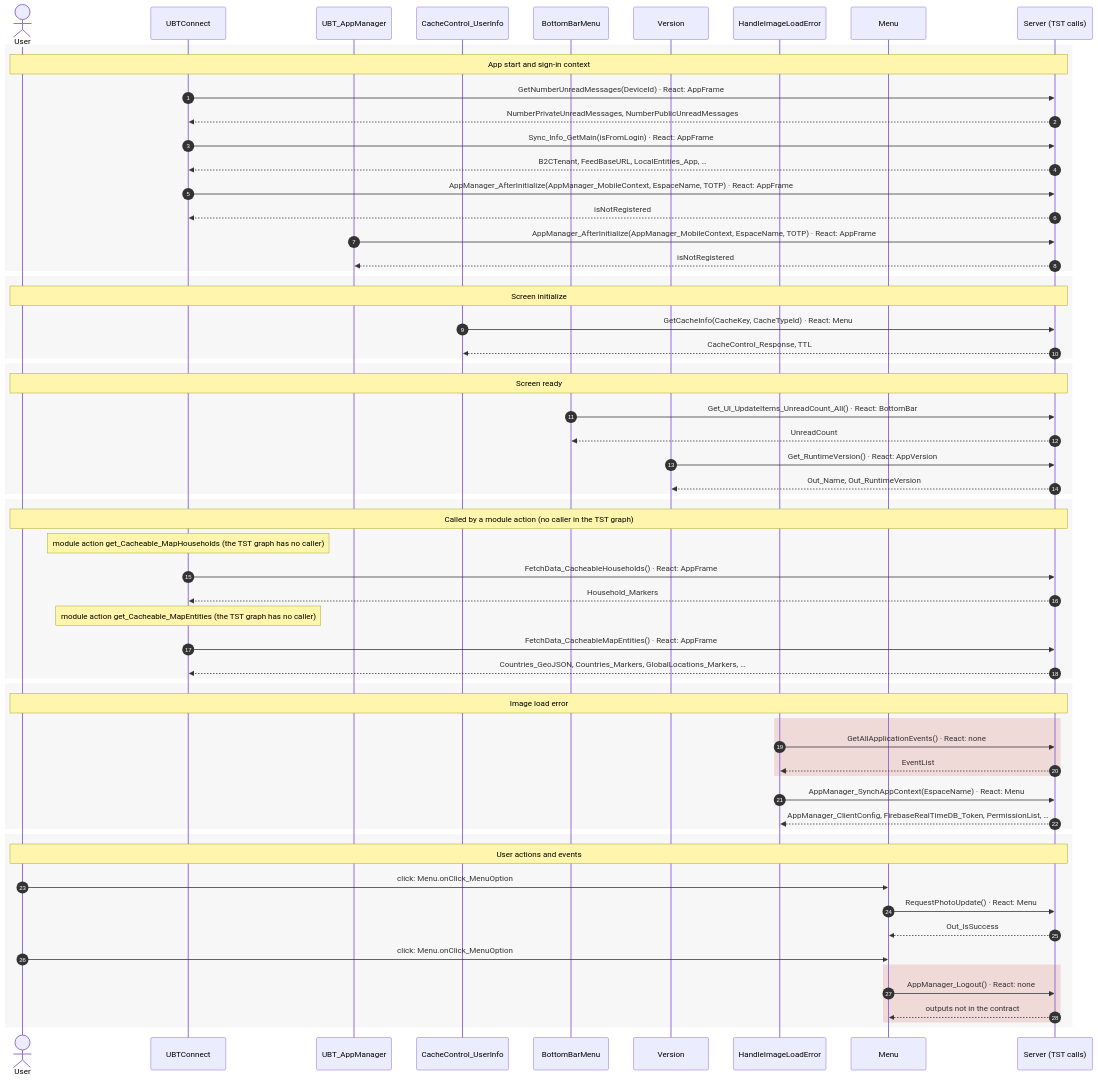
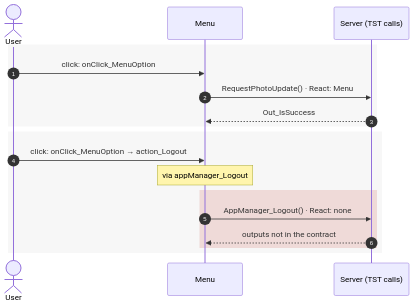
One commit to Phoenix-DX/connect-new-ui changed the second of 2 diagrams in migration/route-actions/Menu.md. Above: the diagram before and after it, drawn with Mermaid. The commit also changed other lines of this file and 9 other files, not shown here.

Commit message:
route actions: data flow only for user actions (one group per action, trigger per chain, via note), no diagram without user actions; screenshots fall back to React review or TST capture images

````diff
--- a/migration/route-actions/Menu.md
+++ b/migration/route-actions/Menu.md
@@ -154,65 +153,20 @@
 ```mermaid
 sequenceDiagram
   autonumber
   actor U as User
-  participant p0 as UBTConnect
-  participant p1 as UBT_AppManager
-  participant p2 as CacheControl_UserInfo
-  participant p3 as BottomBarMenu
-  participant p4 as Version
-  participant p5 as HandleImageLoadError
-  participant p6 as Menu
+  participant p0 as Menu
   participant S as Server (TST calls)
   rect rgba(120, 120, 120, 0.06)
-  Note over U,S: App start and sign-in context
-  p0->>S: GetNumberUnreadMessages(DeviceId) · React: AppFrame
-  S-->>p0: NumberPrivateUnreadMessages, NumberPublicUnreadMessages
-  p0->>S: Sync_Info_GetMain(isFromLogin) · React: AppFrame
-  S-->>p0: B2CTenant, FeedBaseURL, LocalEntities_App, …
-  p0->>S: AppManager_AfterInitialize(AppManager_MobileContext, EspaceName, TOTP) · React: AppFrame
-  S-->>p0: isNotRegistered
-  p1->>S: AppManager_AfterInitialize(AppManager_MobileContext, EspaceName, TOTP) · React: AppFrame
-  S-->>p1: isNotRegistered
+  U->>p0: click: onClick_MenuOption
+  p0->>S: RequestPhotoUpdate() · React: Menu
+  S-->>p0: Out_IsSuccess
   end
   rect rgba(120, 120, 120, 0.06)
-  Note over U,S: Screen initialize
-  p2->>S: GetCacheInfo(CacheKey, CacheTypeId) · React: Menu
-  S-->>p2: CacheControl_Response, TTL
-  end
-  rect rgba(120, 120, 120, 0.06)
-  Note over U,S: Screen ready
-  p3->>S: Get_UI_UpdateItems_UnreadCount_All() · React: BottomBar
-  S-->>p3: UnreadCount
-  p4->>S: Get_RuntimeVersion() · React: AppVersion
-  S-->>p4: Out_Name, Out_RuntimeVersion
-  end
-  rect rgba(120, 120, 120, 0.06)
-  Note over U,S: Called by a module action (no caller in the TST graph)
-  Note over p0: module action get_Cacheable_MapHouseholds (the TST graph has no caller)
-  p0->>S: FetchData_CacheableHouseholds() · React: AppFrame
-  S-->>p0: Household_Markers
-  Note over p0: module action get_Cacheable_MapEntities (the TST graph has no caller)
-  p0->>S: FetchData_CacheableMapEntities() · React: AppFrame
-  S-->>p0: Countries_GeoJSON, Countries_Markers, GlobalLocations_Markers, …
-  end
-  rect rgba(120, 120, 120, 0.06)
-  Note over U,S: Image load error
+  U->>p0: click: onClick_MenuOption → action_Logout
+  Note over p0: via appManager_Logout
   rect rgba(192, 57, 43, 0.15)
-  p5->>S: GetAllApplicationEvents() · React: none
-  S-->>p5: EventList
-  end
-  p5->>S: AppManager_SynchAppContext(EspaceName) · React: Menu
-  S-->>p5: AppManager_ClientConfig, FirebaseRealTimeDB_Token, PermissionList, …
-  end
-  rect rgba(120, 120, 120, 0.06)
-  Note over U,S: User actions and events
-  U->>p6: click: Menu.onClick_MenuOption
-  p6->>S: RequestPhotoUpdate() · React: Menu
-  S-->>p6: Out_IsSuccess
-  U->>p6: click: Menu.onClick_MenuOption
-  rect rgba(192, 57, 43, 0.15)
-  p6->>S: AppManager_Logout() · React: none
-  S-->>p6: outputs not in the contract
+  p0->>S: AppManager_Logout() · React: none
+  S-->>p0: outputs not in the contract
   end
   end
 ```
````
